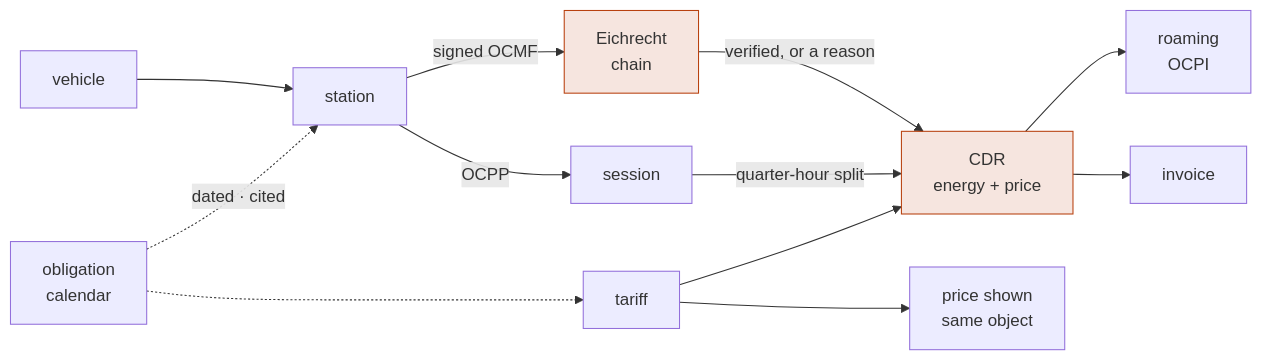
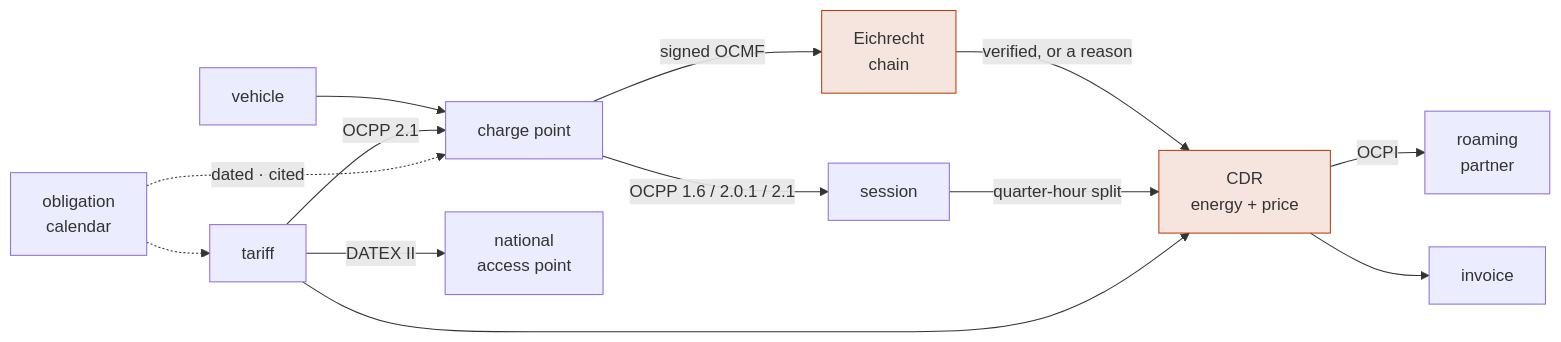
Before and after one commit to hupe1980/emob: the first of 2 diagrams in site/content/_index.md, drawn with Mermaid. The commit also changed other lines of this file and 102 other files, not shown here.

````diff
--- a/site/content/_index.md
+++ b/site/content/_index.md
@@ -16,17 +16,18 @@
 ```mermaid
 flowchart LR
-    EV["vehicle"] --> CS["station"]
-    CS -->|OCPP| SES["session"]
+    EV["vehicle"] --> CS["charge point"]
+    CS -->|"OCPP 1.6 / 2.0.1 / 2.1"| SES["session"]
     CS -->|"signed OCMF"| EICH["Eichrecht<br/>chain"]
     EICH -->|"verified, or a reason"| CDR
     SES -->|"quarter-hour split"| CDR["CDR<br/>energy + price"]
     TAR["tariff"] --> CDR
-    TAR --> DISP["price shown<br/>same object"]
-    CDR --> ROAM["roaming<br/>OCPI"]
+    CDR -->|"OCPI"| ROAM["roaming<br/>partner"]
     CDR --> INV["invoice"]
-    RULES["obligation<br/>calendar"] -.->|dated · cited| CS
+    TAR -->|"OCPP 2.1"| CS
+    TAR -->|"DATEX II"| NAP["national<br/>access point"]
+    RULES["obligation<br/>calendar"] -.->|"dated · cited"| CS
     RULES -.-> TAR
 
     classDef hot fill:#b8410f22,stroke:#b8410f
     class EICH,CDR hot
 ```
````
